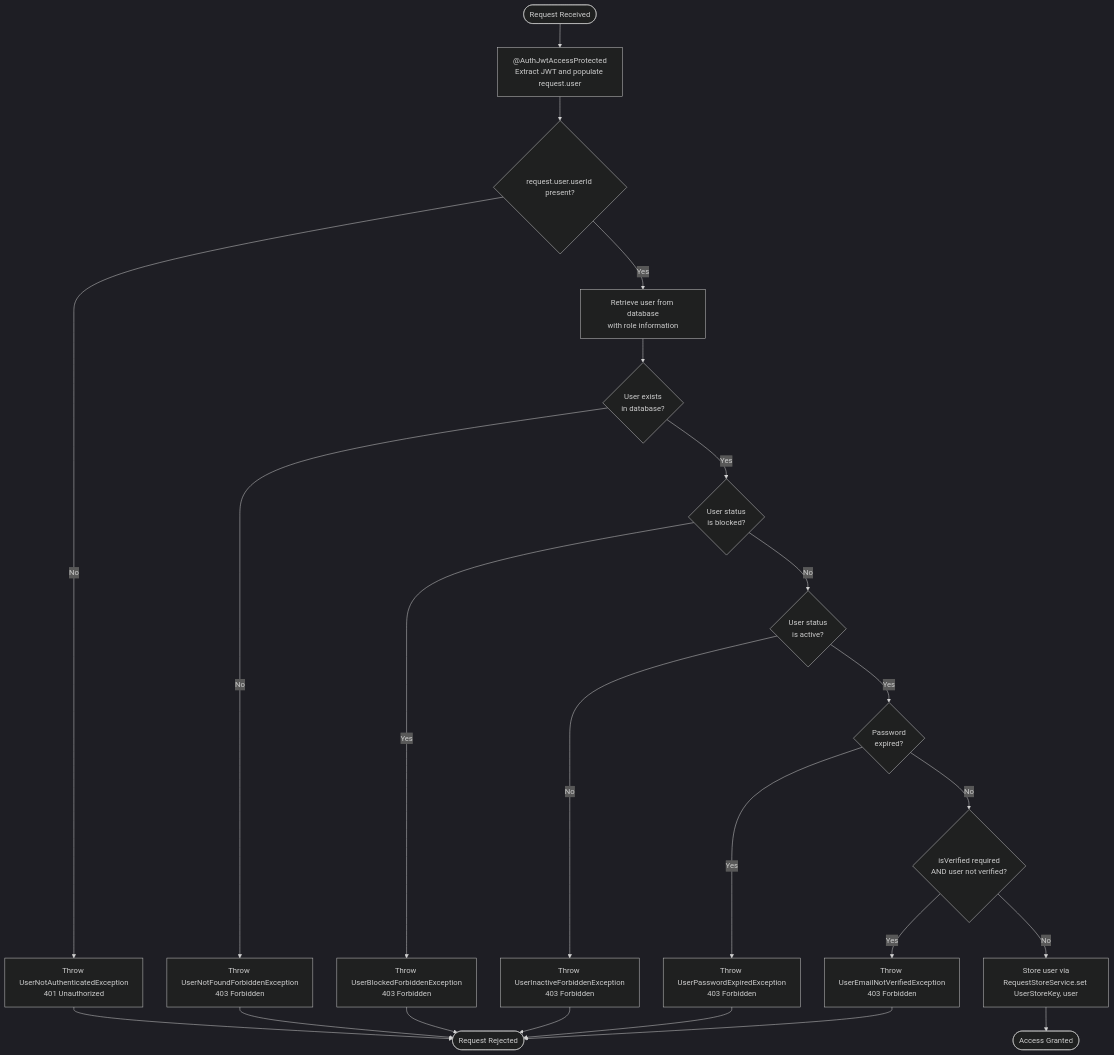
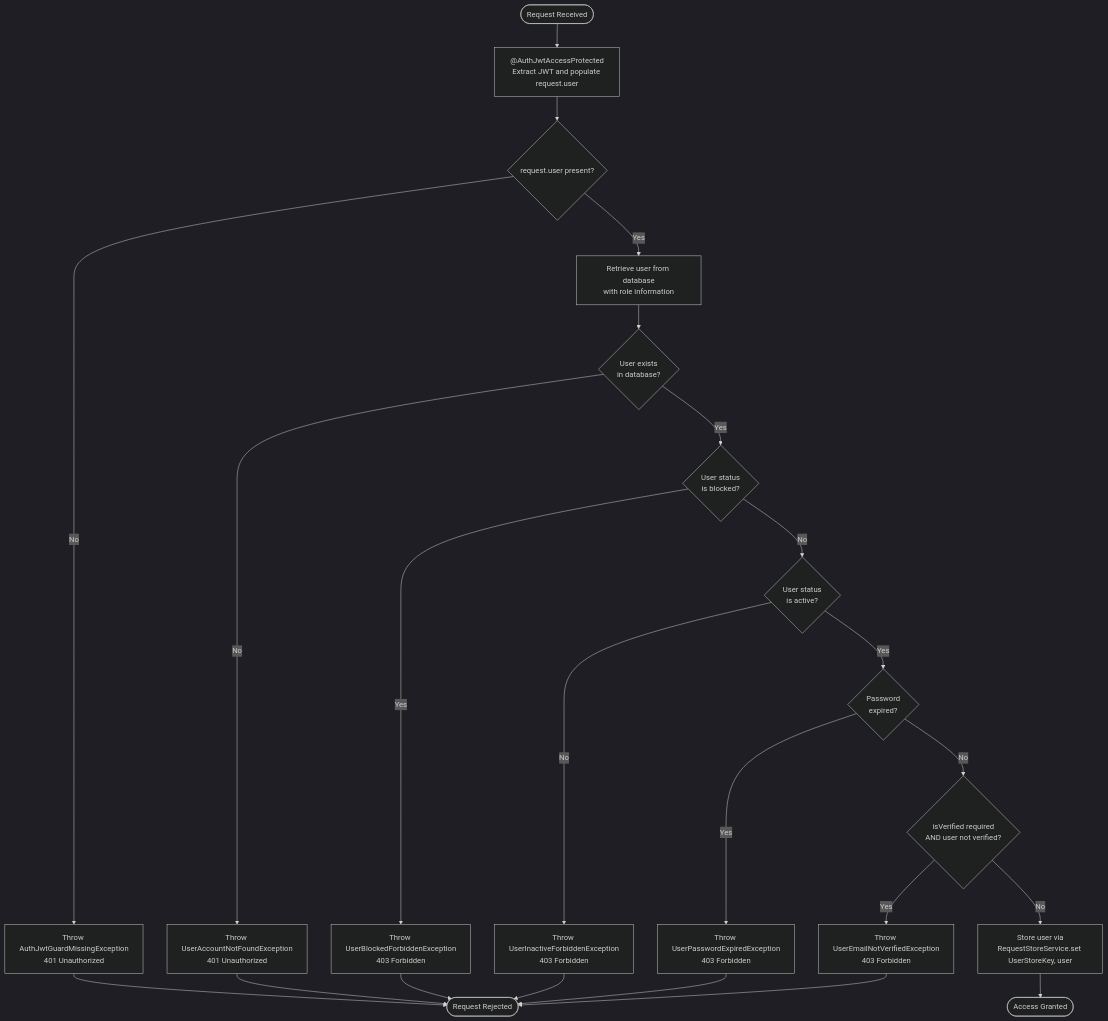
The first of 5 diagrams in docs/authorization.md (andrechristikan/ack-nestjs-boilerplate), drawn with Mermaid (dark theme) before and after one commit. The commit also changed other lines of this file and 29 other files, not shown here.

````diff
--- a/docs/authorization.md
+++ b/docs/authorization.md
@@ -214,32 +251,32 @@
 ```mermaid
 flowchart TD
     Start([Request Received]) --> JwtGuard[ @AuthJwtAccessProtected<br/>Extract JWT and populate request.user]
-    JwtGuard --> CheckAuth{request.user.userId present?}
-    CheckAuth -->|No| ErrorAuth[Throw UserNotAuthenticatedException<br/>401 Unauthorized]
+    JwtGuard --> CheckAuth{request.user present?}
+    CheckAuth -->|No| ErrorAuth[Throw AuthJwtGuardMissingException<br/>401 Unauthorized]
     CheckAuth -->|Yes| LookupUser[Retrieve user from database<br/>with role information]
 
     LookupUser --> UserExists{User exists<br/>in database?}
-    UserExists -->|No| ErrorNotFound[Throw UserNotFoundForbiddenException<br/>403 Forbidden]
+    UserExists -->|No| ErrorNotFound[Throw UserAccountNotFoundException<br/>401 Unauthorized]
     UserExists -->|Yes| CheckBlocked{User status<br/>is blocked?}
 
     CheckBlocked -->|Yes| ErrorBlocked[Throw UserBlockedForbiddenException<br/>403 Forbidden]
     CheckBlocked -->|No| CheckStatus{User status<br/>is active?}
 
     CheckStatus -->|No| ErrorInactive[Throw UserInactiveForbiddenException<br/>403 Forbidden]
     CheckStatus -->|Yes| CheckPassword{Password<br/>expired?}
 
     CheckPassword -->|Yes| ErrorPassword[Throw UserPasswordExpiredException<br/>403 Forbidden]
     CheckPassword -->|No| CheckVerified{isVerified required<br/>AND user not verified?}
 
     CheckVerified -->|Yes| ErrorVerified[Throw UserEmailNotVerifiedException<br/>403 Forbidden]
     CheckVerified -->|No| SetUser[Store user via<br/>RequestStoreService.set UserStoreKey, user]
 
     SetUser --> Success([Access Granted])
 
     ErrorAuth --> End([Request Rejected])
     ErrorNotFound --> End
     ErrorBlocked --> End
     ErrorInactive --> End
     ErrorPassword --> End
     ErrorVerified --> End
 ```
````
